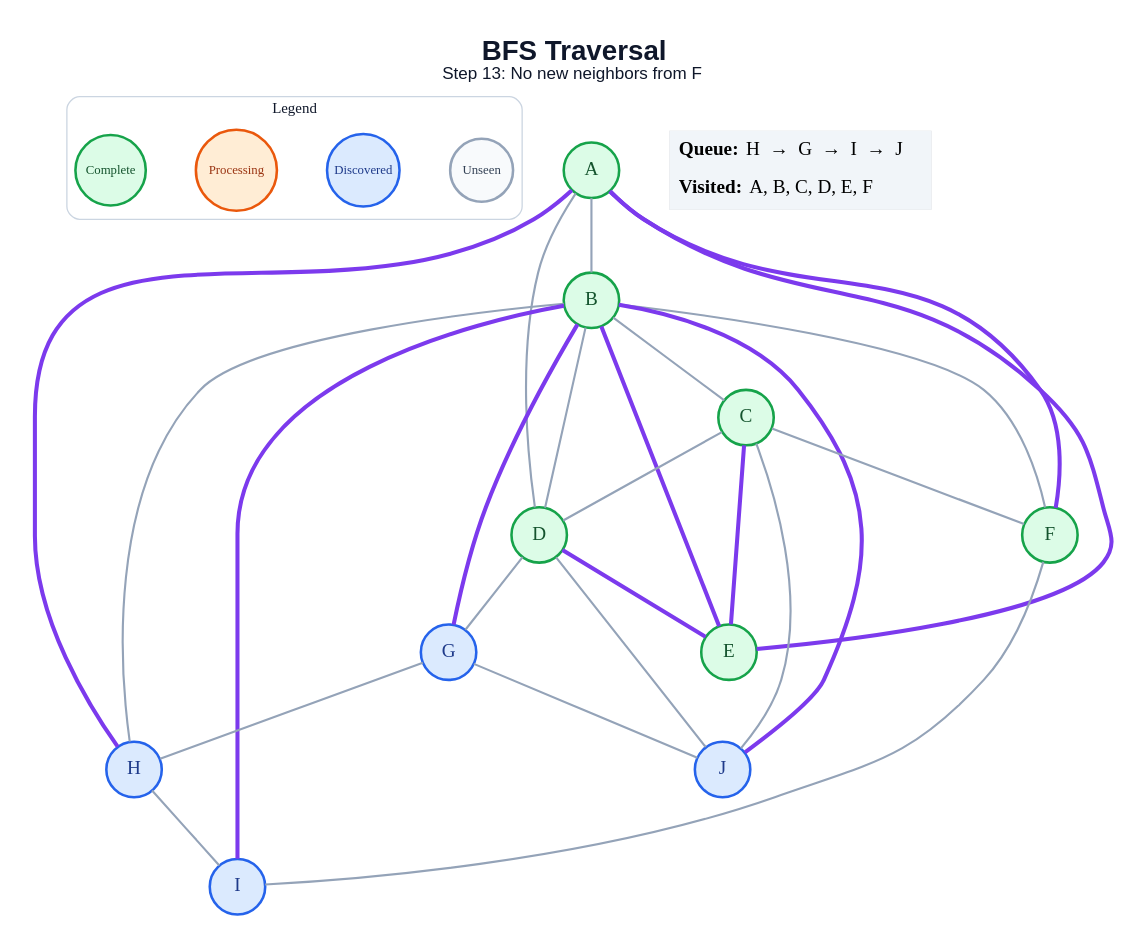
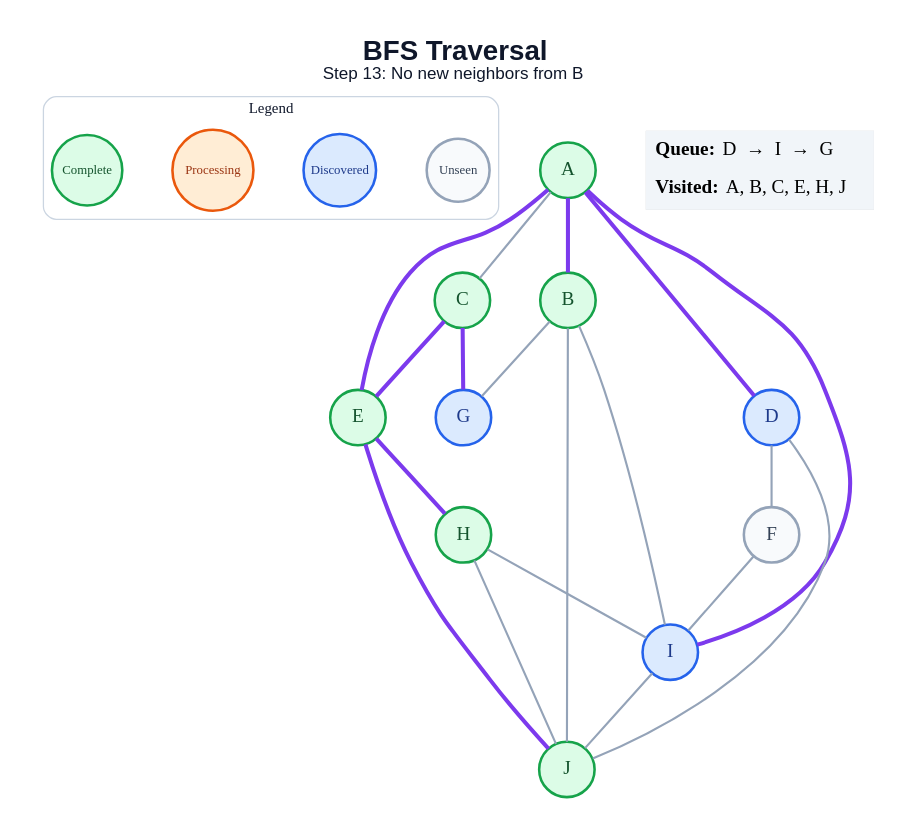
Before and after one commit to amanghodawala9/ai-slop: the diagram in generated/specific-node/bfs/step_13.dot, drawn with Graphviz. The commit also changed 178 other files, not shown here.

```diff
--- a/generated/specific-node/bfs/step_13.dot
+++ b/generated/specific-node/bfs/step_13.dot
@@ -1,53 +1,47 @@
 graph traversal {
   graph [layout=dot, rankdir=TB, bgcolor="#FFFFFF", pad="0.35", nodesep="0.65", ranksep="0.8", fontname="Arial"];
   node [shape=circle, style="filled", fontname="Arial Bold", fontsize=18, width=0.72, fixedsize=true, penwidth=2.4];
   edge [color="#94A3B8", penwidth=2.0];
-  label=<<B>BFS Traversal</B><BR/><FONT POINT-SIZE="16">Step 13: No new neighbors from F</FONT>>; labelloc="t"; fontsize=26; fontname="Arial"; fontcolor="#0F172A";
+  label=<<B>BFS Traversal</B><BR/><FONT POINT-SIZE="16">Step 13: No new neighbors from B</FONT>>; labelloc="t"; fontsize=26; fontname="Arial"; fontcolor="#0F172A";
   subgraph cluster_legend { label="Legend"; color="#CBD5E1"; penwidth=1.2; style="rounded"; fontsize=14; fontname="Arial Bold";
     key_unseen [label="Unseen", fillcolor="#F8FAFC", color="#94A3B8", fontcolor="#334155", fontsize=12, width=0.82];
     key_frontier [label="Discovered", fillcolor="#DBEAFE", color="#2563EB", fontcolor="#1E3A8A", fontsize=12, width=0.95];
     key_current [label="Processing", fillcolor="#FFEDD5", color="#EA580C", fontcolor="#9A3412", fontsize=12, width=1.05];
     key_done [label="Complete", fillcolor="#DCFCE7", color="#16A34A", fontcolor="#14532D", fontsize=12, width=0.92];
     { rank=same; key_unseen; key_frontier; key_current; key_done; }
   }
   A [fillcolor="#DCFCE7", color="#16A34A", fontcolor="#14532D"];
   B [fillcolor="#DCFCE7", color="#16A34A", fontcolor="#14532D"];
   C [fillcolor="#DCFCE7", color="#16A34A", fontcolor="#14532D"];
-  D [fillcolor="#DCFCE7", color="#16A34A", fontcolor="#14532D"];
+  D [fillcolor="#DBEAFE", color="#2563EB", fontcolor="#1E3A8A"];
   E [fillcolor="#DCFCE7", color="#16A34A", fontcolor="#14532D"];
-  F [fillcolor="#DCFCE7", color="#16A34A", fontcolor="#14532D"];
+  F [fillcolor="#F8FAFC", color="#94A3B8", fontcolor="#334155"];
   G [fillcolor="#DBEAFE", color="#2563EB", fontcolor="#1E3A8A"];
-  H [fillcolor="#DBEAFE", color="#2563EB", fontcolor="#1E3A8A"];
+  H [fillcolor="#DCFCE7", color="#16A34A", fontcolor="#14532D"];
   I [fillcolor="#DBEAFE", color="#2563EB", fontcolor="#1E3A8A"];
-  J [fillcolor="#DBEAFE", color="#2563EB", fontcolor="#1E3A8A"];
-  A -- B;
-  A -- D;
+  J [fillcolor="#DCFCE7", color="#16A34A", fontcolor="#14532D"];
+  A -- B [color="#7C3AED", penwidth=3.8];
+  A -- C;
+  A -- D [color="#7C3AED", penwidth=3.8];
   A -- E [color="#7C3AED", penwidth=3.8];
-  A -- F [color="#7C3AED", penwidth=3.8];
-  A -- H [color="#7C3AED", penwidth=3.8];
-  B -- C;
-  B -- D;
-  B -- E [color="#7C3AED", penwidth=3.8];
-  B -- F;
-  B -- G [color="#7C3AED", penwidth=3.8];
-  B -- H;
-  B -- I [color="#7C3AED", penwidth=3.8];
-  B -- J [color="#7C3AED", penwidth=3.8];
-  C -- D;
+  A -- I [color="#7C3AED", penwidth=3.8];
+  B -- G;
+  B -- I;
+  B -- J;
   C -- E [color="#7C3AED", penwidth=3.8];
-  C -- F;
-  C -- J;
-  D -- E [color="#7C3AED", penwidth=3.8];
-  D -- G;
+  C -- G [color="#7C3AED", penwidth=3.8];
+  D -- F;
   D -- J;
+  E -- H [color="#7C3AED", penwidth=3.8];
+  E -- J [color="#7C3AED", penwidth=3.8];
   F -- I;
-  G -- H;
-  G -- J;
   H -- I;
+  H -- J;
+  I -- J;
   status [shape=plain, fixedsize=false, width=0, height=0, margin=0, label=<
     <TABLE BORDER="0" CELLBORDER="0" CELLPADDING="7" BGCOLOR="#F1F5F9">
-      <TR><TD ALIGN="LEFT"><B>Queue:</B> H  →  G  →  I  →  J</TD></TR>
-      <TR><TD ALIGN="LEFT"><B>Visited:</B> A, B, C, D, E, F</TD></TR>
+      <TR><TD ALIGN="LEFT"><B>Queue:</B> D  →  I  →  G</TD></TR>
+      <TR><TD ALIGN="LEFT"><B>Visited:</B> A, B, C, E, H, J</TD></TR>
     </TABLE>
   >];
 }
```
